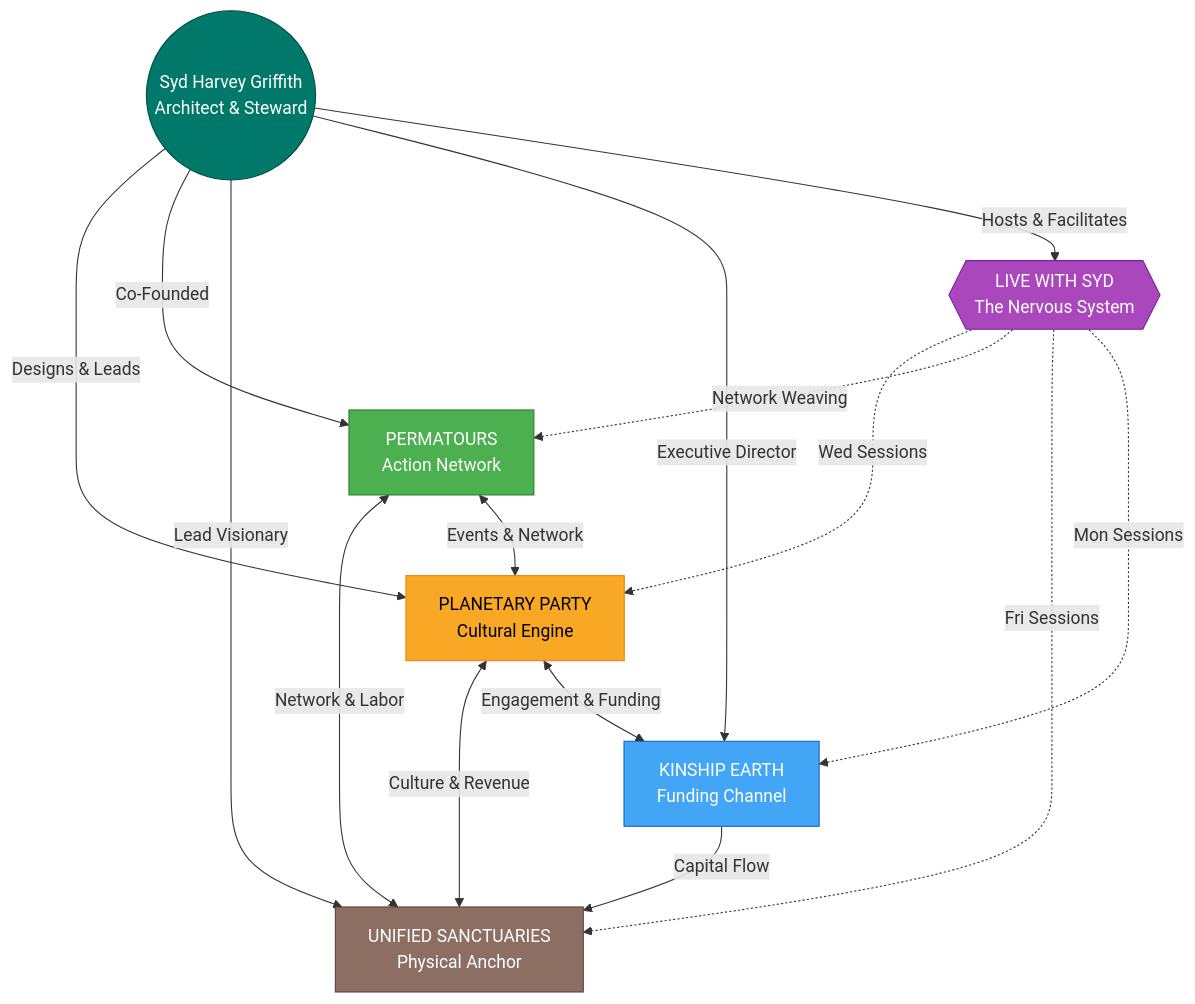
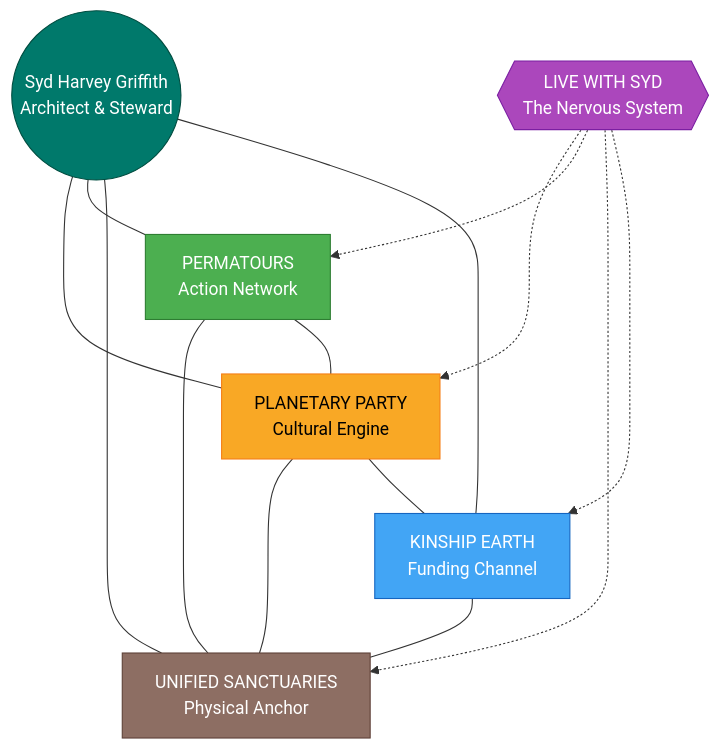
Before and after one commit to Light-Brands/brand-factory: the first of 14 diagrams in brands/sydney/ecosystem-map.md, drawn with Mermaid. The commit also changed 1 other file, not shown here.

Commit message:
Simplify ecosystem overview diagrams for visual harmony
Strip away directional arrows, edge labels, and day-of-week details
from the top-level ecosystem diagrams in both README.md and
ecosystem-map.md. Replace with non-directional connections (---) and
dotted lines (-.->), creating a cleaner, more balanced visual that
reads as a unified system rather than a cluttered flowchart.

Changes:
- Remove all edge labels (Mon/Wed/Fri, Culture & Revenue, etc.)
- Switch from directional arrows to plain connections
- Use graph TD instead of flowchart TD for simpler layout
- Use & syntax in ecosystem-map to hint same-rank placement for LWS
- Keep color coding as the primary visual storytelling layer

https://claude.ai/code/session_01AboVkciZuHuk6BG1gRDgxF

````diff
--- a/brands/sydney/ecosystem-map.md
+++ b/brands/sydney/ecosystem-map.md
@@ -17,31 +17,25 @@
 ```mermaid
-flowchart TD
+graph TD
     SYD(("Syd Harvey Griffith\nArchitect & Steward"))
 
-    SYD -->|"Designs & Leads"| PP["PLANETARY PARTY\nCultural Engine"]
-    SYD -->|"Co-Founded"| PT["PERMATOURS\nAction Network"]
-    SYD -->|"Lead Visionary"| US["UNIFIED SANCTUARIES\nPhysical Anchor"]
-    SYD -->|"Executive Director"| KE["KINSHIP EARTH\nFunding Channel"]
+    SYD --- PP["PLANETARY PARTY\nCultural Engine"]
+    SYD --- PT["PERMATOURS\nAction Network"]
+    SYD --- US["UNIFIED SANCTUARIES\nPhysical Anchor"]
+    SYD --- KE["KINSHIP EARTH\nFunding Channel"]
 
     LWS{{"LIVE WITH SYD\nThe Nervous System"}}
+    LWS -.-> PP & PT & US & KE
 
-    SYD -->|"Hosts & Facilitates"| LWS
-
-    LWS -.->|"Wed Sessions"| PP
-    LWS -.->|"Network Weaving"| PT
-    LWS -.->|"Fri Sessions"| US
-    LWS -.->|"Mon Sessions"| KE
-
-    PP <-->|"Culture & Revenue"| US
-    PP <-->|"Engagement & Funding"| KE
-    PT <-->|"Network & Labor"| US
-    KE -->|"Capital Flow"| US
-    PT <-->|"Events & Network"| PP
+    PP --- US
+    PP --- KE
+    PT --- US
+    PT --- PP
+    KE --- US
 
     style SYD fill:#00796B,stroke:#004D40,color:#fff
     style PP fill:#F9A825,stroke:#F57F17,color:#000
     style PT fill:#4CAF50,stroke:#2E7D32,color:#fff
     style US fill:#8D6E63,stroke:#5D4037,color:#fff
     style KE fill:#42A5F5,stroke:#1565C0,color:#fff
     style LWS fill:#AB47BC,stroke:#7B1FA2,color:#fff
 ```
````
